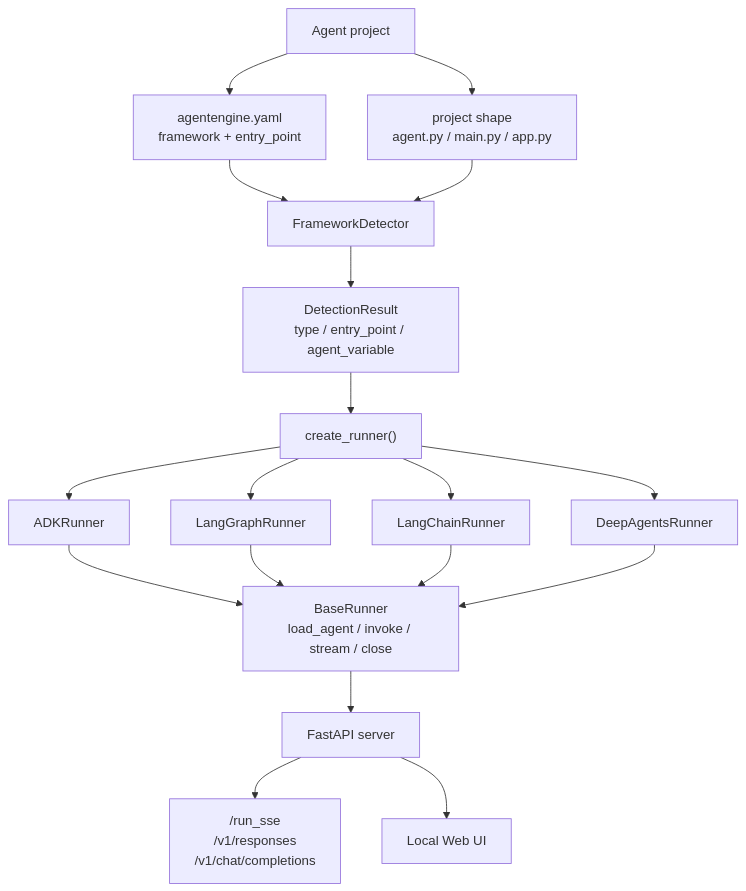
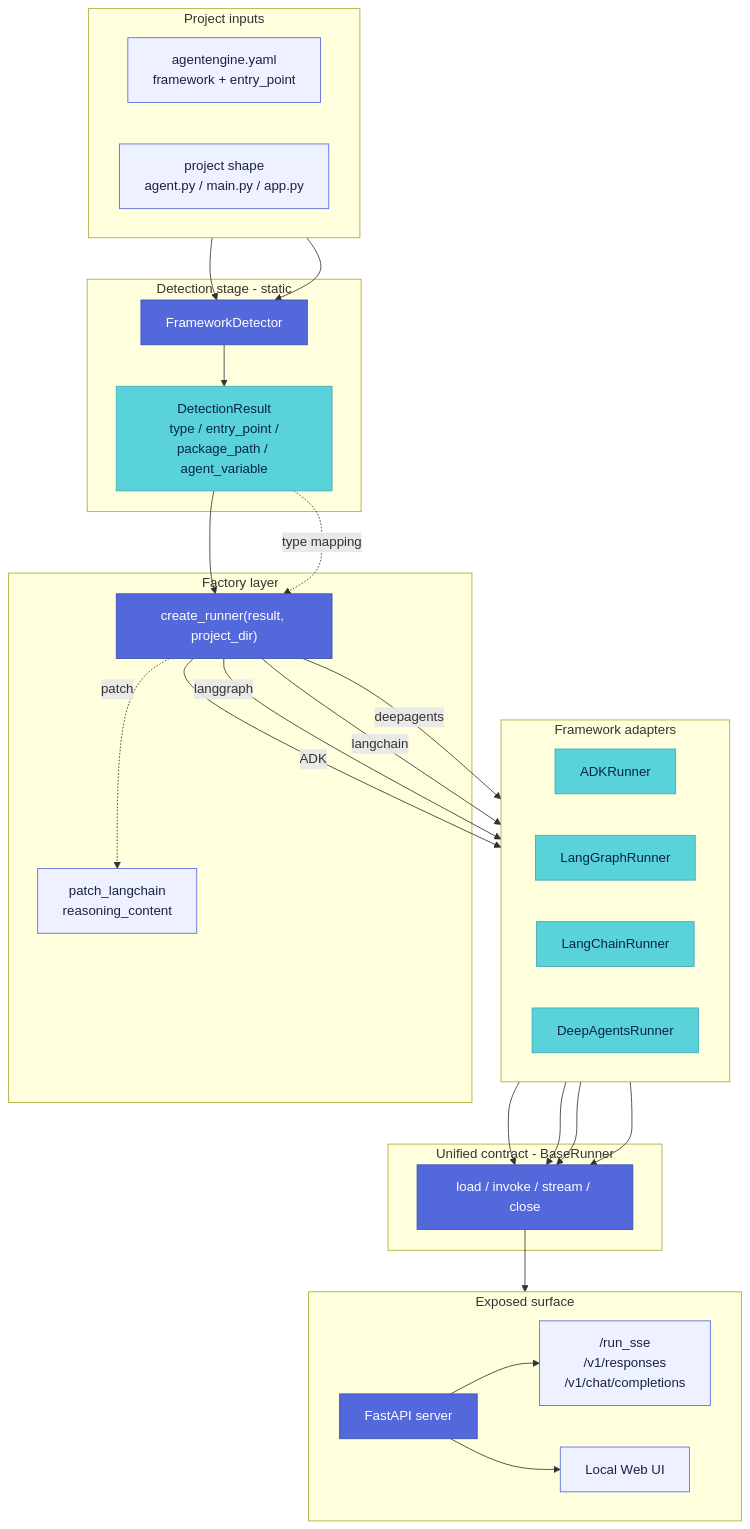
Before and after one commit to kingsoftcloud/ksadk-python: the first of 2 diagrams in docs-site/content/docs/framework/guides/frameworks.en.mdx, drawn with Mermaid. The commit also changed other lines of this file and 33 other files, not shown here.

````diff
--- a/docs-site/content/docs/framework/guides/frameworks.en.mdx
+++ b/docs-site/content/docs/framework/guides/frameworks.en.mdx
@@ -27,20 +27,59 @@
 ```mermaid
 flowchart TD
-  Project["Agent project"] --> Config["agentengine.yaml<br/>framework + entry_point"]
-  Project --> Shape["project shape<br/>agent.py / main.py / app.py"]
-  Config --> Detect["FrameworkDetector"]
-  Shape --> Detect
-  Detect --> Result["DetectionResult<br/>type / entry_point / agent_variable"]
-  Result --> Factory["create_runner()"]
-  Factory --> ADK["ADKRunner"]
-  Factory --> LG["LangGraphRunner"]
-  Factory --> LC["LangChainRunner"]
-  Factory --> DA["DeepAgentsRunner"]
-  ADK --> Contract["BaseRunner<br/>load_agent / invoke / stream / close"]
-  LG --> Contract
-  LC --> Contract
-  DA --> Contract
-  Contract --> Server["FastAPI server"]
-  Server --> Protocols["/run_sse<br/>/v1/responses<br/>/v1/chat/completions"]
-  Server --> Web["Local Web UI"]
+  classDef brandNode fill:#5368db,stroke:#3a4fb5,color:#fff,stroke-width:1px
+  classDef brandAccent fill:#59d3d9,stroke:#3fa9af,color:#0a2540,stroke-width:1px
+  classDef inputNode fill:#eef1ff,stroke:#5368db,color:#1a2240,stroke-width:1px
+
+  subgraph Project["Project inputs"]
+    direction LR
+    Config["agentengine.yaml<br/>framework + entry_point"]:::inputNode
+    Shape["project shape<br/>agent.py / main.py / app.py"]:::inputNode
+  end
+
+  subgraph Detect["Detection stage - static"]
+    Detector["FrameworkDetector"]:::brandNode
+    Result["DetectionResult<br/>type / entry_point /<br/>package_path / agent_variable"]:::brandAccent
+    Detector --> Result
+  end
+
+  subgraph Factory["Factory layer"]
+    create["create_runner(result, project_dir)"]:::brandNode
+    Patch["patch_langchain<br/>reasoning_content"]:::inputNode
+    create -.patch.-> Patch
+  end
+
+  subgraph Runners["Framework adapters"]
+    direction LR
+    ADK["ADKRunner"]:::brandAccent
+    LG["LangGraphRunner"]:::brandAccent
+    LC["LangChainRunner"]:::brandAccent
+    DA["DeepAgentsRunner"]:::brandAccent
+  end
+
+  subgraph Contract["Unified contract - BaseRunner"]
+    ContractNode["load / invoke / stream / close"]:::brandNode
+  end
+
+  subgraph Surface["Exposed surface"]
+    direction LR
+    Server["FastAPI server"]:::brandNode
+    Protocols["/run_sse<br/>/v1/responses<br/>/v1/chat/completions"]:::inputNode
+    Web["Local Web UI"]:::inputNode
+  end
+
+  Config --> Detector
+  Shape --> Detector
+  Result --> create
+  Result -.type mapping.-> create
+  create -->|"ADK"| ADK
+  create -->|"langgraph"| LG
+  create -->|"langchain"| LC
+  create -->|"deepagents"| DA
+  ADK --> ContractNode
+  LG --> ContractNode
+  LC --> ContractNode
+  DA --> ContractNode
+  ContractNode --> Server
+  Server --> Protocols
+  Server --> Web
 ```
````
